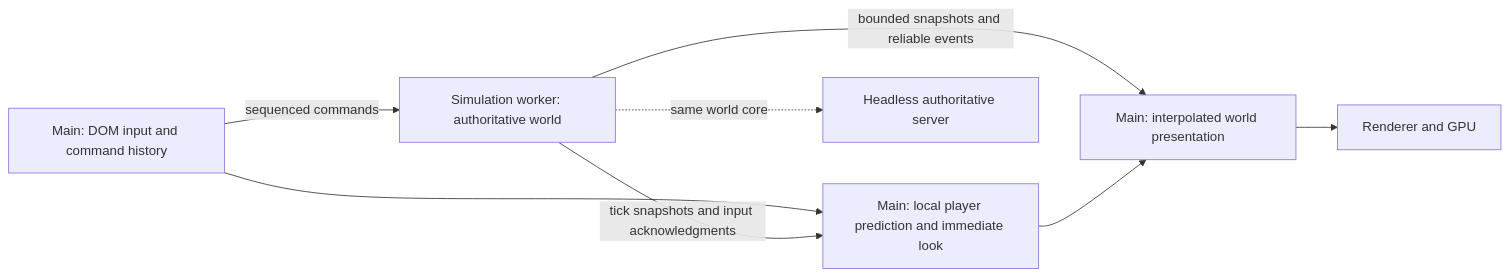
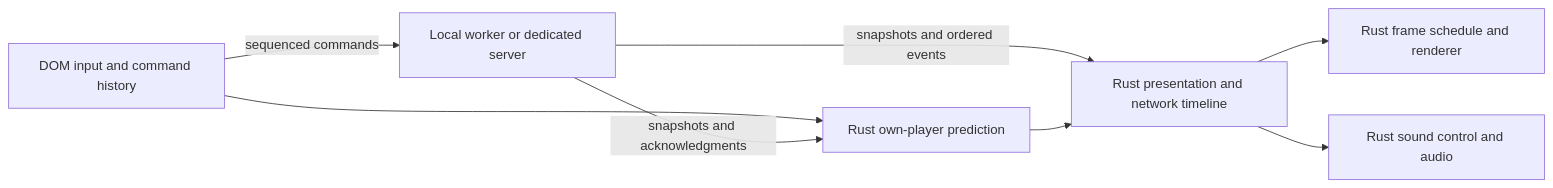
One commit to centrevilletech/battlefront-eternal changed the diagram in docs/runtime-architecture.md. Above: the diagram before and after it, drawn with Mermaid. The commit also changed other lines of this file and 125 other files, not shown here.

````diff
--- a/docs/runtime-architecture.md
+++ b/docs/runtime-architecture.md
@@ -193,10 +37,10 @@
 ```mermaid
 flowchart LR
-  Input[Main: DOM input and command history] -->|sequenced commands| World[Simulation worker: authoritative world]
-  Input --> Predict[Main: local player prediction and immediate look]
-  World -->|tick snapshots and input acknowledgments| Predict
-  World -->|bounded snapshots and reliable events| View[Main: interpolated world presentation]
-  Predict --> View
-  View --> GPU[Renderer and GPU]
-  World -. same world core .-> Server[Headless authoritative server]
+  Input[DOM input and command history] -->|sequenced commands| Authority[Local worker or dedicated server]
+  Input --> Prediction[Rust own-player prediction]
+  Authority -->|snapshots and acknowledgments| Prediction
+  Authority -->|snapshots and ordered events| View[Rust presentation and network timeline]
+  Prediction --> View
+  View --> Render[Rust frame schedule and renderer]
+  View --> Audio[Rust sound control and audio]
 ```
````
